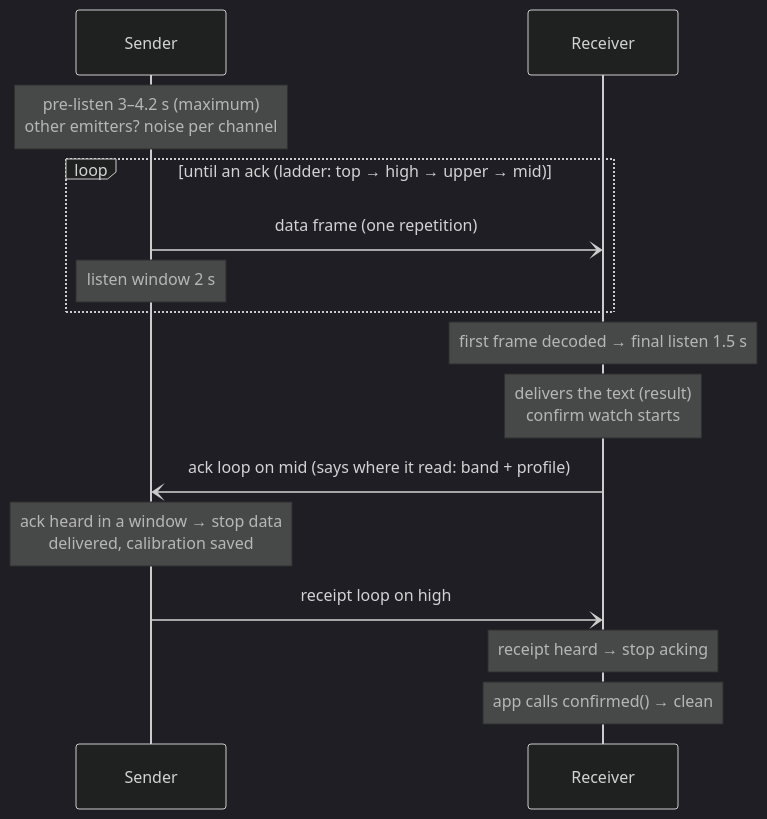
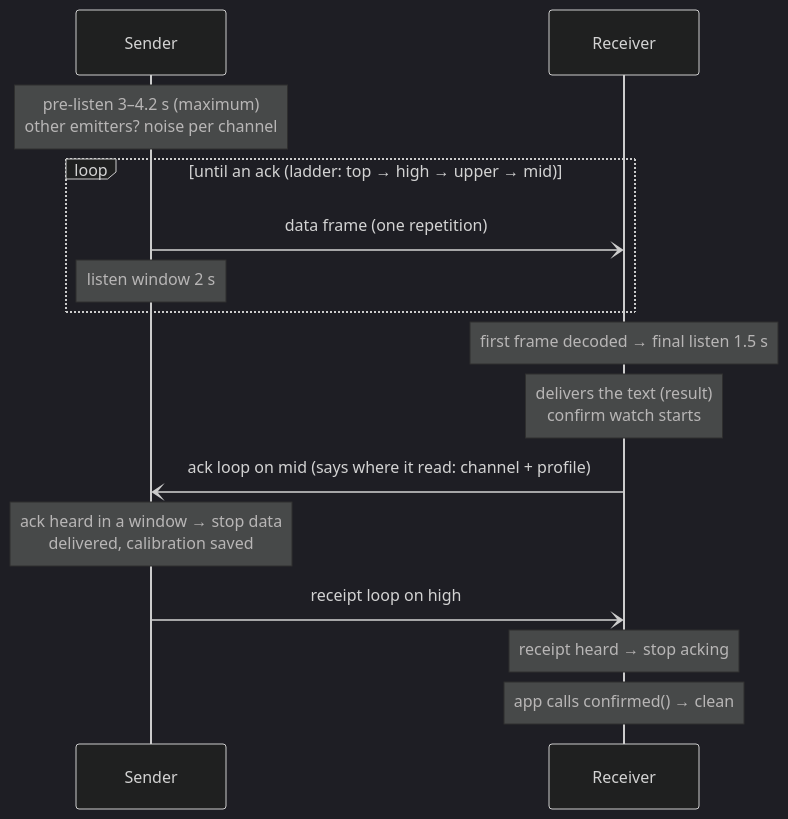
The first of 7 diagrams in docs/SESSION.md (beaglecoder/bysound), drawn with Mermaid (dark theme) before and after one commit. The commit also changed other lines of this file and 96 other files, not shown here.

````diff
--- a/docs/SESSION.md
+++ b/docs/SESSION.md
@@ -50,17 +50,17 @@
 ```mermaid
 sequenceDiagram
   participant S as Sender
   participant R as Receiver
   Note over S: pre-listen 3–4.2 s (maximum)<br/>other emitters? noise per channel
   loop until an ack (ladder: top → high → upper → mid)
     S-)R: data frame (one repetition)
     Note over S: listen window 2 s
   end
   Note over R: first frame decoded → final listen 1.5 s
   Note over R: delivers the text (result)<br/>confirm watch starts
-  R-)S: ack loop on mid (says where it read: band + profile)
+  R-)S: ack loop on mid (says where it read: channel + profile)
   Note over S: ack heard in a window → stop data<br/>delivered, calibration saved
   S-)R: receipt loop on high
   Note over R: receipt heard → stop acking
   Note over R: app calls confirmed() → clean
 ```
````
